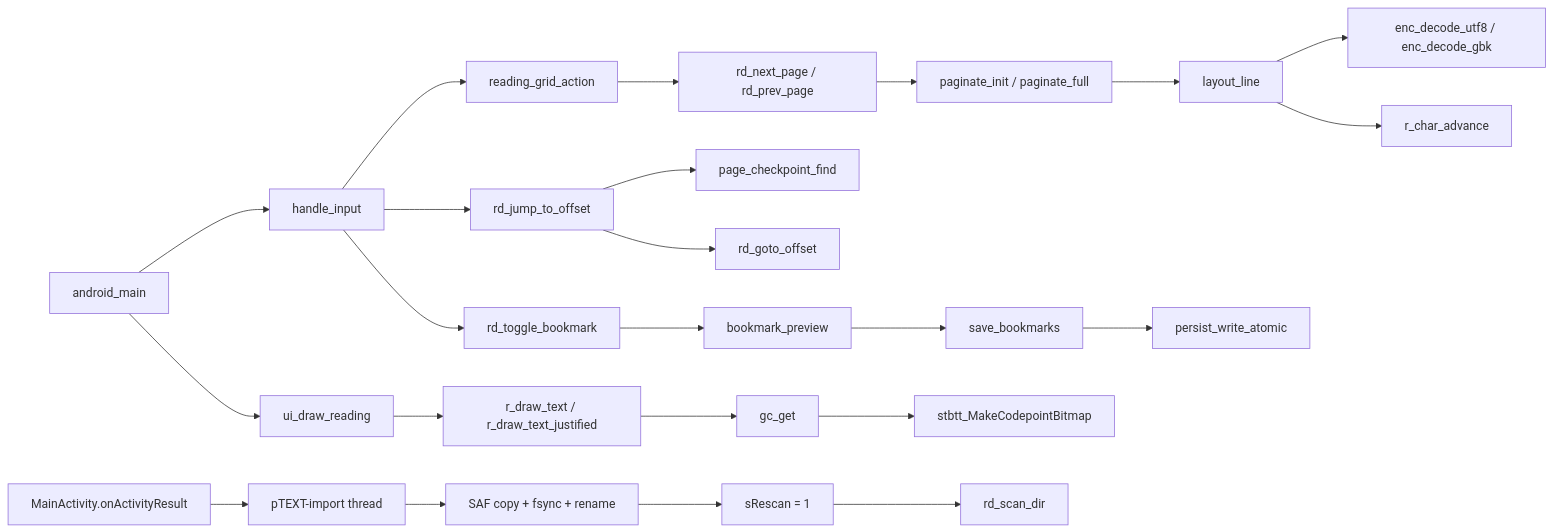
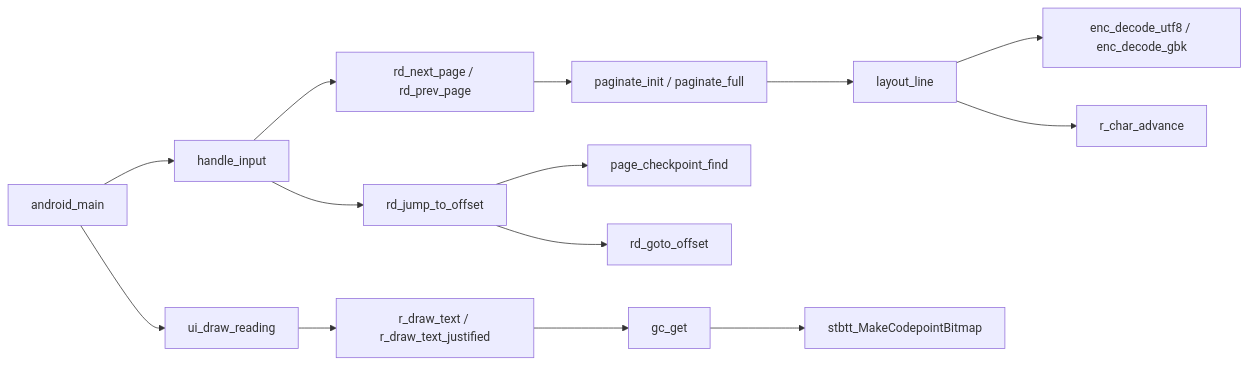
One commit to lulu00147/pTEXT changed the second of 2 diagrams in README.md. Above: the diagram before and after it, drawn with Mermaid. The commit also changed other lines of this file and 2 other files, not shown here.

````diff
--- a/README.md
+++ b/README.md
@@ -84,29 +88,16 @@
 ```mermaid
 flowchart LR
   MAIN["android_main"] --> INPUT["handle_input"]
   MAIN --> DRAW["ui_draw_reading"]
-  INPUT --> GRID["reading_grid_action"]
-  GRID --> NEXT["rd_next_page / rd_prev_page"]
+  INPUT --> NEXT["rd_next_page / rd_prev_page"]
   NEXT --> PAGE["paginate_init / paginate_full"]
   PAGE --> LINE["layout_line"]
   LINE --> DEC["enc_decode_utf8 / enc_decode_gbk"]
   LINE --> ADV["r_char_advance"]
-
   DRAW --> TEXT["r_draw_text / r_draw_text_justified"]
   TEXT --> GC["gc_get"]
   GC --> STB["stbtt_MakeCodepointBitmap"]
-
   INPUT --> JUMP["rd_jump_to_offset"]
   JUMP --> CKPT["page_checkpoint_find"]
   JUMP --> GOTO["rd_goto_offset"]
-
-  INPUT --> BM["rd_toggle_bookmark"]
-  BM --> PREVIEW["bookmark_preview"]
-  PREVIEW --> SAVE["save_bookmarks"]
-  SAVE --> WRITE["persist_write_atomic"]
-
-  JAVA["MainActivity.onActivityResult"] --> ASYNC["pTEXT-import thread"]
-  ASYNC --> COPY["SAF copy + fsync + rename"]
-  COPY --> FLAG["sRescan = 1"]
-  FLAG --> SCAN["rd_scan_dir"]
 ```
````
